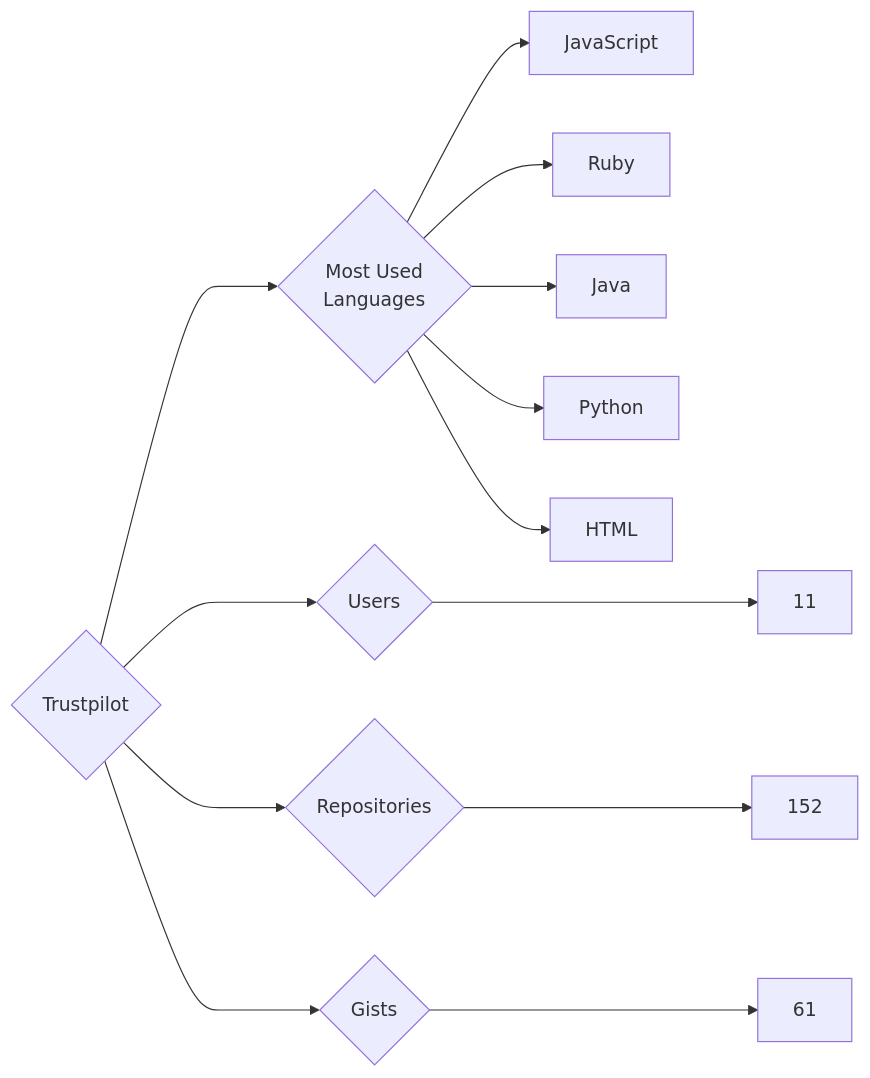
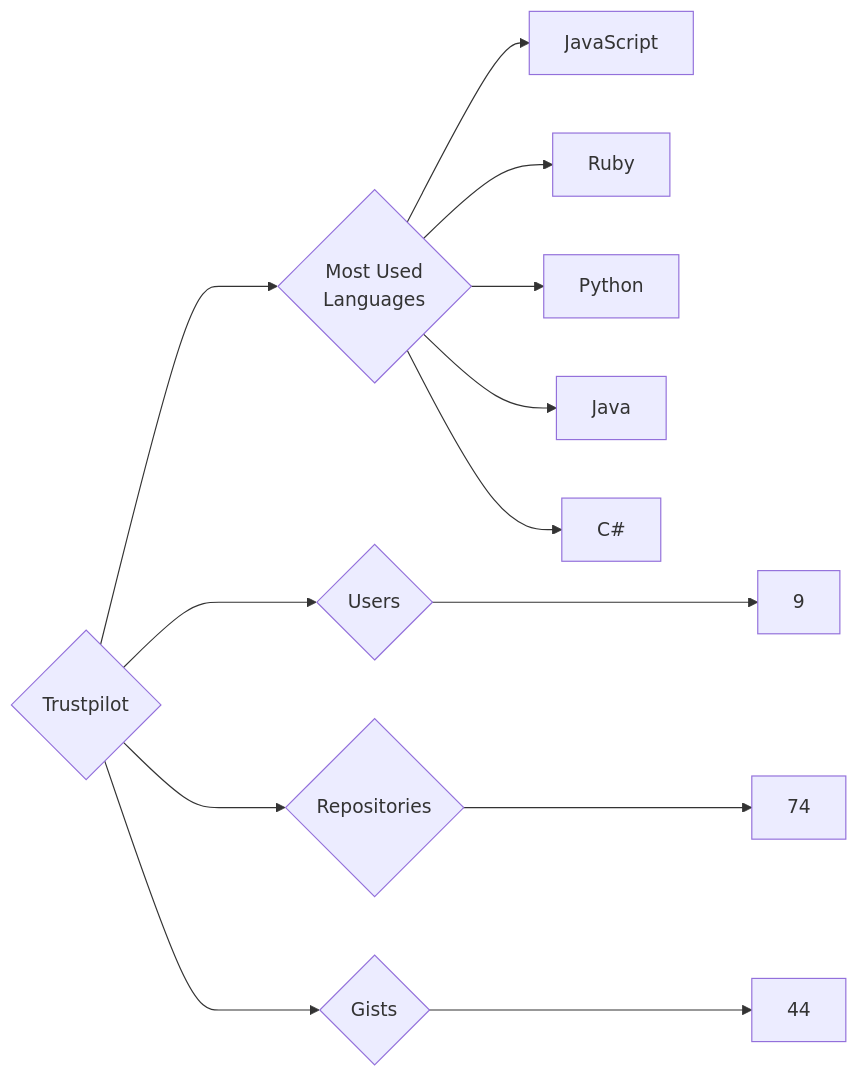
Before and after one commit to trickest/insiders: the diagram in targets/Trustpilot/README.md, drawn with Mermaid. The commit also changed 1011 other files, not shown here.

````diff
--- a/targets/Trustpilot/README.md
+++ b/targets/Trustpilot/README.md
@@ -3,13 +3,13 @@
 ```mermaid
 graph LR
 COMPANY_NAME{Trustpilot}
-COMPANY_NAME ---> U{Users} ---> UN[11]
-COMPANY_NAME ---> R{Repositories} ---> RN[152]
-COMPANY_NAME ---> G{Gists} ---> GN[61]
+COMPANY_NAME ---> U{Users} ---> UN[9]
+COMPANY_NAME ---> R{Repositories} ---> RN[74]
+COMPANY_NAME ---> G{Gists} ---> GN[44]
 COMPANY_NAME ---> ML{Most Used<br>Languages}
 ML --> JavaScript[JavaScript]
 ML --> Ruby[Ruby]
+ML --> Python[Python]
 ML --> Java[Java]
-ML --> Python[Python]
-ML --> HTML[HTML]
+ML --> C#[C#]
 ```
````
